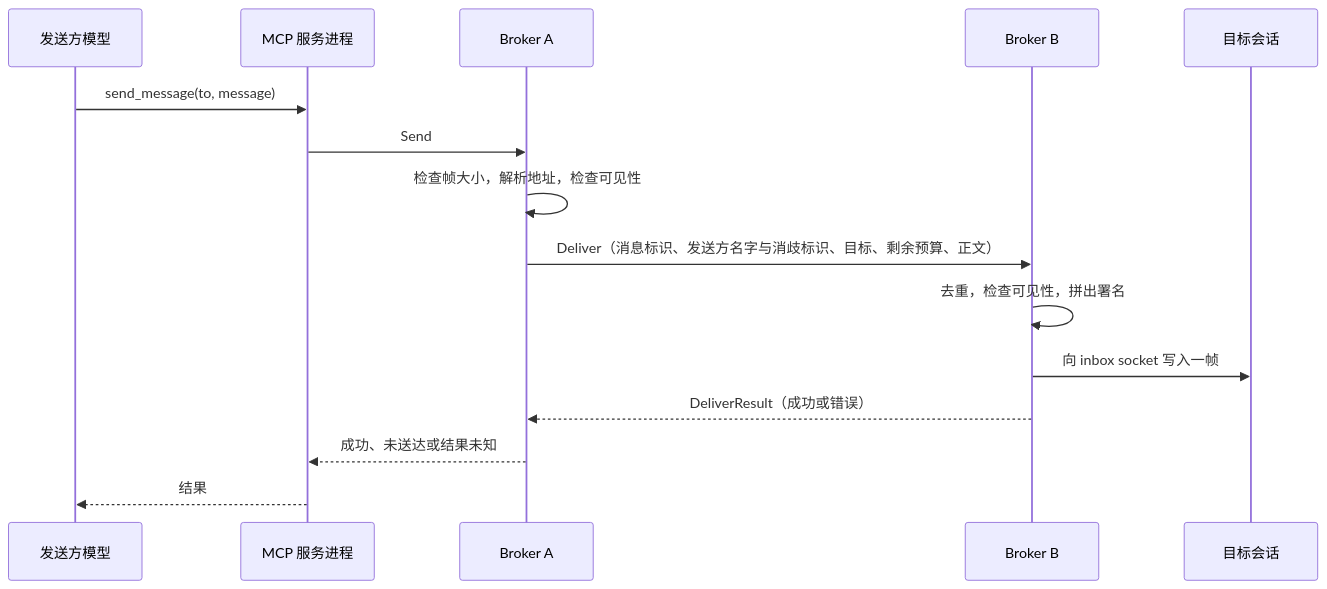
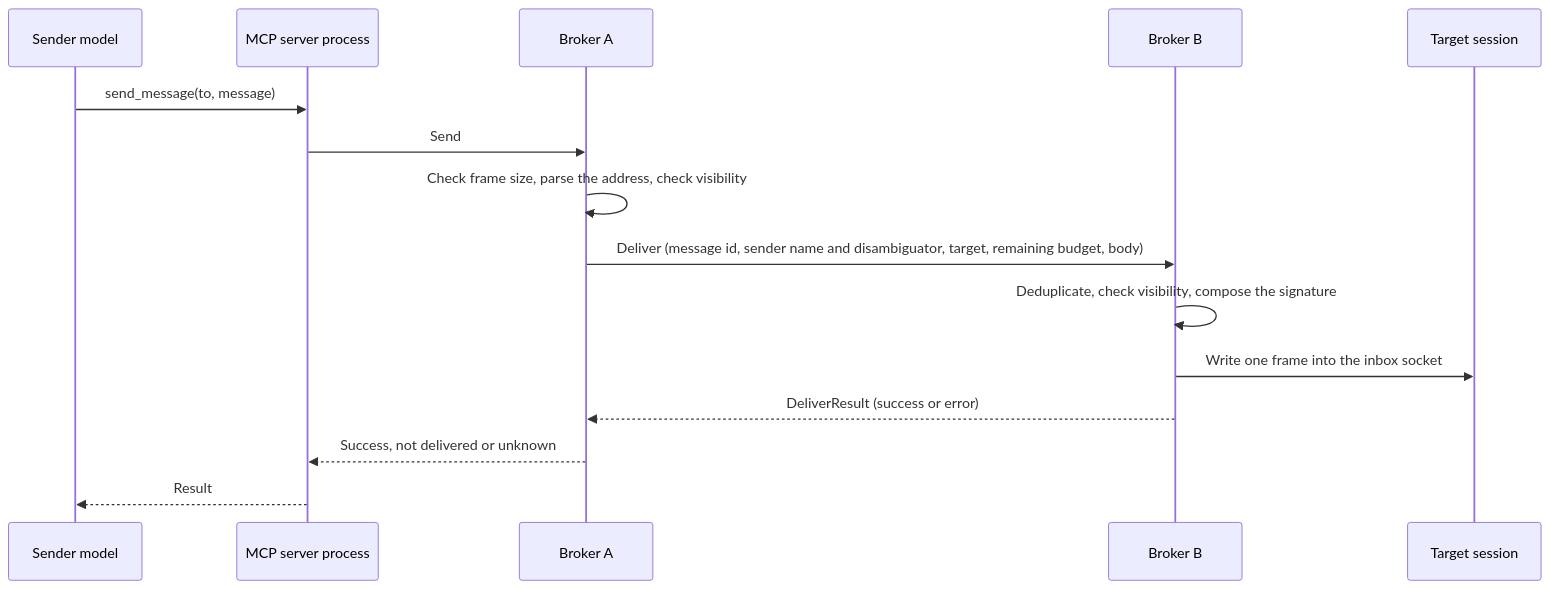
The fourth of 4 diagrams in docs/design/architecture.md (wangzw/peers), drawn with Mermaid before and after one commit. The commit also changed other lines of this file, not shown here.

Commit message:
docs(design): translate the architecture document to English

````diff
--- a/docs/design/architecture.md
+++ b/docs/design/architecture.md
@@ -155,17 +155,17 @@
 ```mermaid
 sequenceDiagram
-    participant M as 发送方模型
-    participant T as MCP 服务进程
+    participant M as Sender model
+    participant T as MCP server process
     participant BA as Broker A
     participant BB as Broker B
-    participant S as 目标会话
+    participant S as Target session
     M->>T: send_message(to, message)
     T->>BA: Send
-    BA->>BA: 检查帧大小，解析地址，检查可见性
-    BA->>BB: Deliver（消息标识、发送方名字与消歧标识、目标、剩余预算、正文）
-    BB->>BB: 去重，检查可见性，拼出署名
-    BB->>S: 向 inbox socket 写入一帧
-    BB-->>BA: DeliverResult（成功或错误）
-    BA-->>T: 成功、未送达或结果未知
-    T-->>M: 结果
+    BA->>BA: Check frame size, parse the address, check visibility
+    BA->>BB: Deliver (message id, sender name and disambiguator, target, remaining budget, body)
+    BB->>BB: Deduplicate, check visibility, compose the signature
+    BB->>S: Write one frame into the inbox socket
+    BB-->>BA: DeliverResult (success or error)
+    BA-->>T: Success, not delivered or unknown
+    T-->>M: Result
 ```
````
